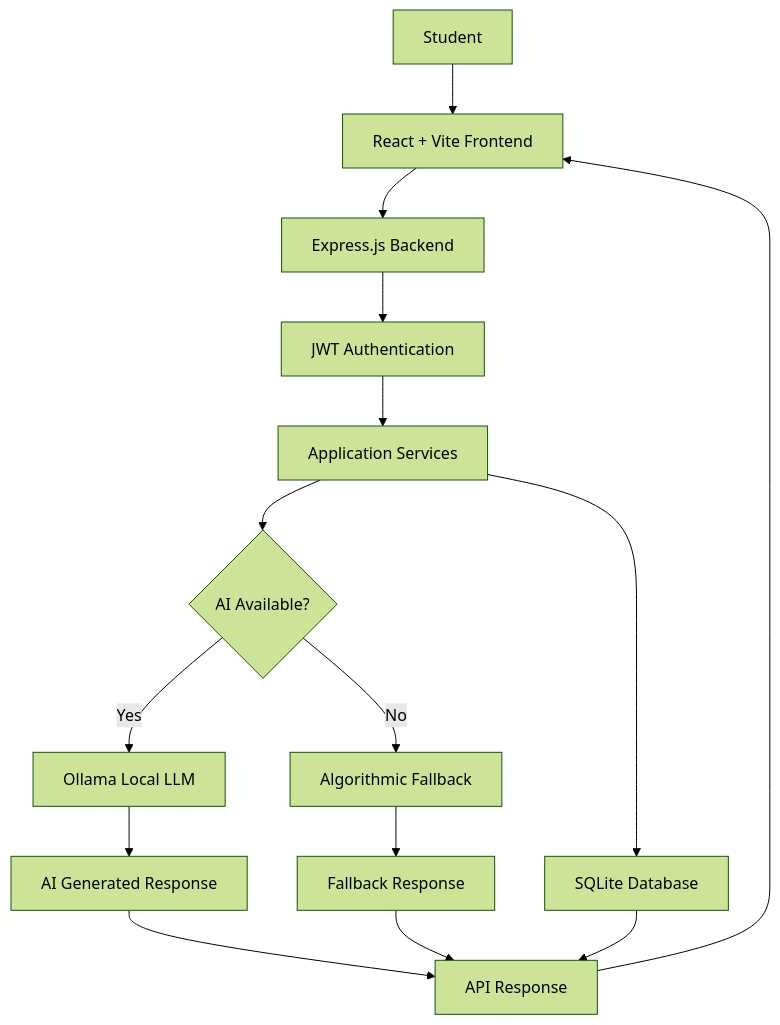
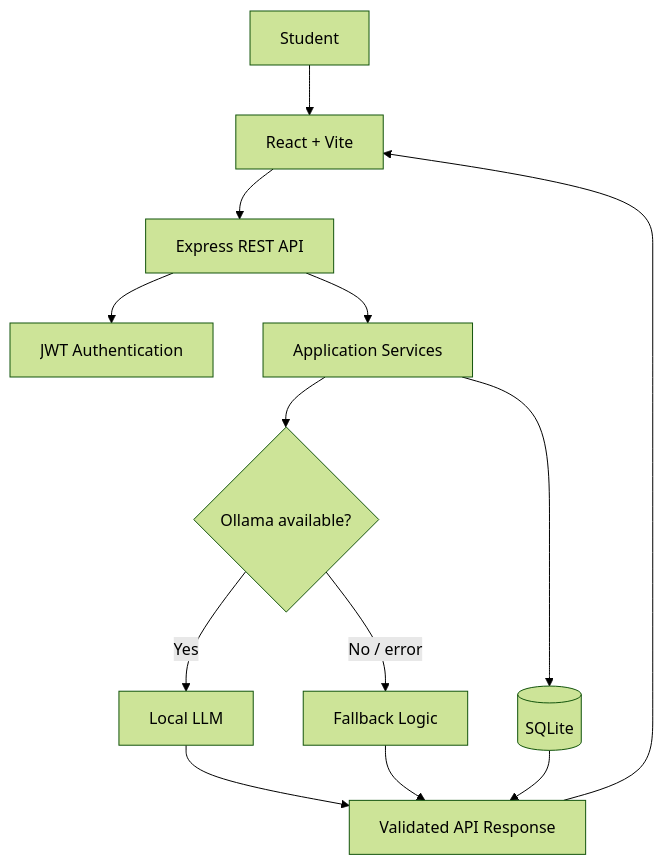
One commit to rajrohit5783-cmyk/StudyBuddy changed the diagram in README.md. Above: the diagram before and after it, drawn with Mermaid (forest theme). The commit also changed other lines of this file, not shown here.

Commit message:
docs: upgrade StudyBuddy README with architecture and setup

````diff
--- a/README.md
+++ b/README.md
@@ -280,26 +99,15 @@
 ```mermaid
 flowchart TD
-    A["Student"] --> B["React + Vite Frontend"]
-
-    B --> C["Express.js Backend"]
-
-    C --> D["JWT Authentication"]
-    D --> E["Application Services"]
-
-    E --> F["SQLite Database"]
-
-    E --> G{"AI Available?"}
-
-    G -->|Yes| H["Ollama Local LLM"]
-    G -->|No| I["Algorithmic Fallback"]
-
-    H --> J["AI Generated Response"]
-    I --> K["Fallback Response"]
-
-    J --> L["API Response"]
-    K --> L
-
-    F --> L
-
-    L --> B
+    U[Student] --> FE[React + Vite]
+    FE --> API[Express REST API]
+    API --> AUTH[JWT Authentication]
+    API --> SVC[Application Services]
+    SVC --> DB[(SQLite)]
+    SVC --> AI{Ollama available?}
+    AI -->|Yes| LLM[Local LLM]
+    AI -->|No / error| FB[Fallback Logic]
+    LLM --> OUT[Validated API Response]
+    FB --> OUT
+    DB --> OUT
+    OUT --> FE
 ```
````
